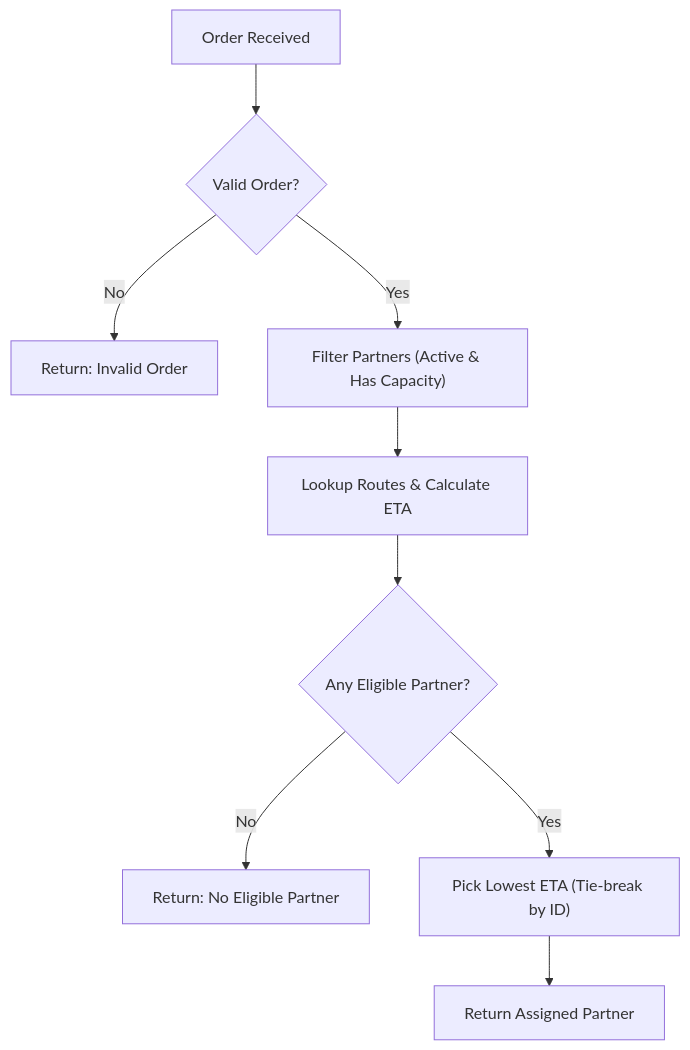
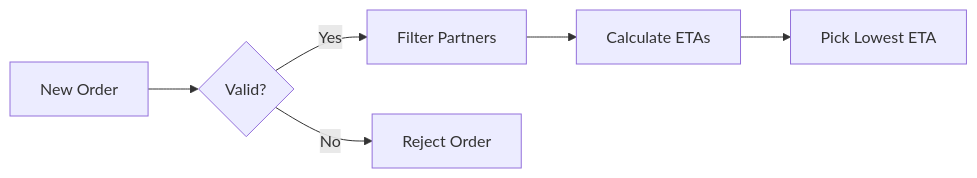
One commit to sunitazenith07-lang/ShuttleOps-Open-Source-Evaluation changed the diagram in ARCHITECTURE_TEMPLATE.md. Above: the diagram before and after it, drawn with Mermaid. The commit also changed other lines of this file, not shown here.

Commit message:
Make architecture notes short and concise

````diff
--- a/ARCHITECTURE_TEMPLATE.md
+++ b/ARCHITECTURE_TEMPLATE.md
@@ -50,11 +29,8 @@
 ```mermaid
-flowchart TD
-    A["Order Received"] --> B{"Valid Order?"}
-    B -- "No" --> C["Return: Invalid Order"]
-    B -- "Yes" --> D["Filter Partners (Active & Has Capacity)"]
-    D --> E["Lookup Routes & Calculate ETA"]
-    E --> F{"Any Eligible Partner?"}
-    F -- "No" --> G["Return: No Eligible Partner"]
-    F -- "Yes" --> H["Pick Lowest ETA (Tie-break by ID)"]
-    H --> I["Return Assigned Partner"]
+flowchart LR
+    A[New Order] --> B{Valid?}
+    B -- Yes --> C[Filter Partners]
+    C --> D[Calculate ETAs]
+    D --> E[Pick Lowest ETA]
+    B -- No --> F[Reject Order]
 ```
````
